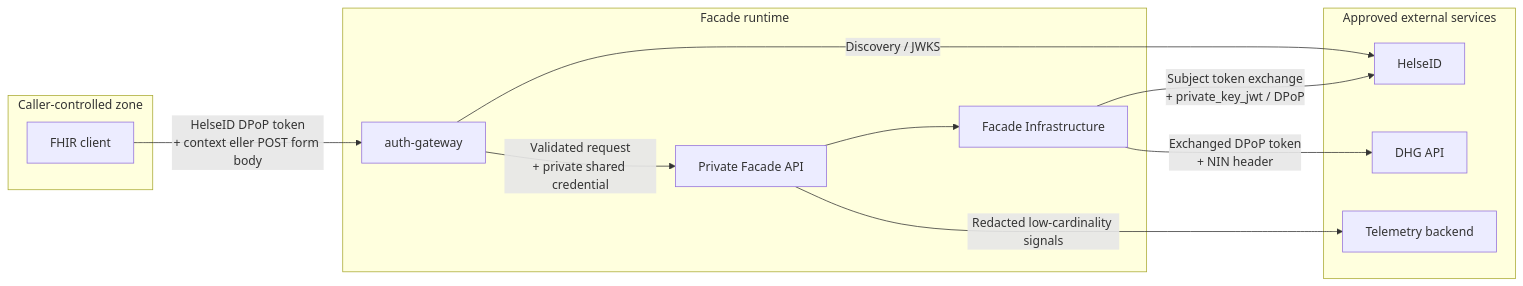
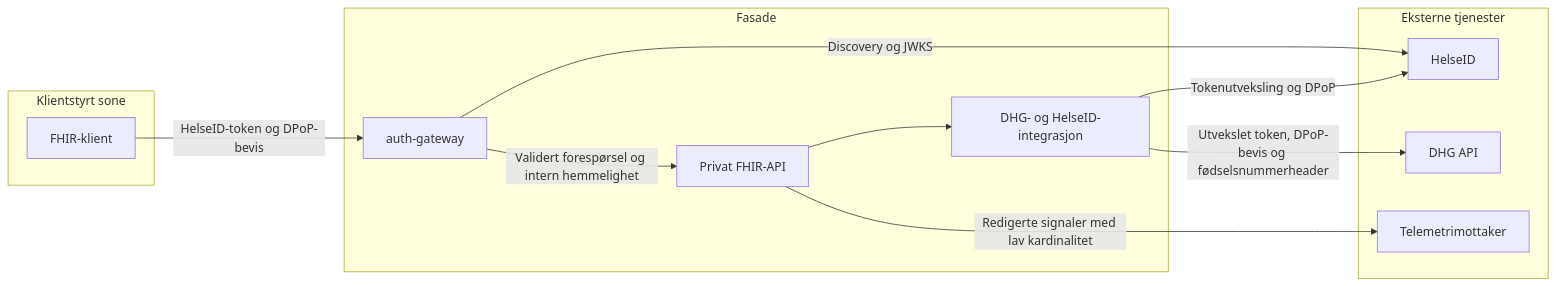
Before and after one commit to helgaarm/FhirGravidAPI: the diagram in docs/security-architecture.md, drawn with Mermaid. The commit also changed other lines of this file and 17 other files, not shown here.

````diff
--- a/docs/security-architecture.md
+++ b/docs/security-architecture.md
@@ -5,26 +5,26 @@
 ```mermaid
 flowchart LR
-    subgraph Caller [Caller-controlled zone]
-        Client["FHIR client"]
+    subgraph Caller [Klientstyrt sone]
+        Client["FHIR-klient"]
     end
 
-    subgraph Facade [Facade runtime]
+    subgraph Facade [Fasade]
         Gateway["auth-gateway"]
-        Api["Private Facade API"]
-        Infrastructure["Facade Infrastructure"]
+        Api["Privat FHIR-API"]
+        Infrastructure["DHG- og HelseID-integrasjon"]
     end
 
-    subgraph External [Approved external services]
+    subgraph External [Eksterne tjenester]
         HelseID["HelseID"]
         DHG["DHG API"]
-        Telemetry["Telemetry backend"]
+        Telemetry["Telemetrimottaker"]
     end
 
-    Client -->|"HelseID DPoP token<br/>+ context eller POST form body"| Gateway
-    Gateway -->|"Validated request<br/>+ private shared credential"| Api
-    Gateway -->|"Discovery / JWKS"| HelseID
+    Client -->|"HelseID-token og DPoP-bevis"| Gateway
+    Gateway -->|"Validert forespørsel og intern hemmelighet"| Api
+    Gateway -->|"Discovery og JWKS"| HelseID
     Api --> Infrastructure
-    Infrastructure -->|"Subject token exchange<br/>+ private_key_jwt / DPoP"| HelseID
-    Infrastructure -->|"Exchanged DPoP token<br/>+ NIN header"| DHG
-    Api -->|"Redacted low-cardinality signals"| Telemetry
+    Infrastructure -->|"Tokenutveksling og DPoP"| HelseID
+    Infrastructure -->|"Utvekslet token, DPoP-bevis og fødselsnummerheader"| DHG
+    Api -->|"Redigerte signaler med lav kardinalitet"| Telemetry
 ```
````
